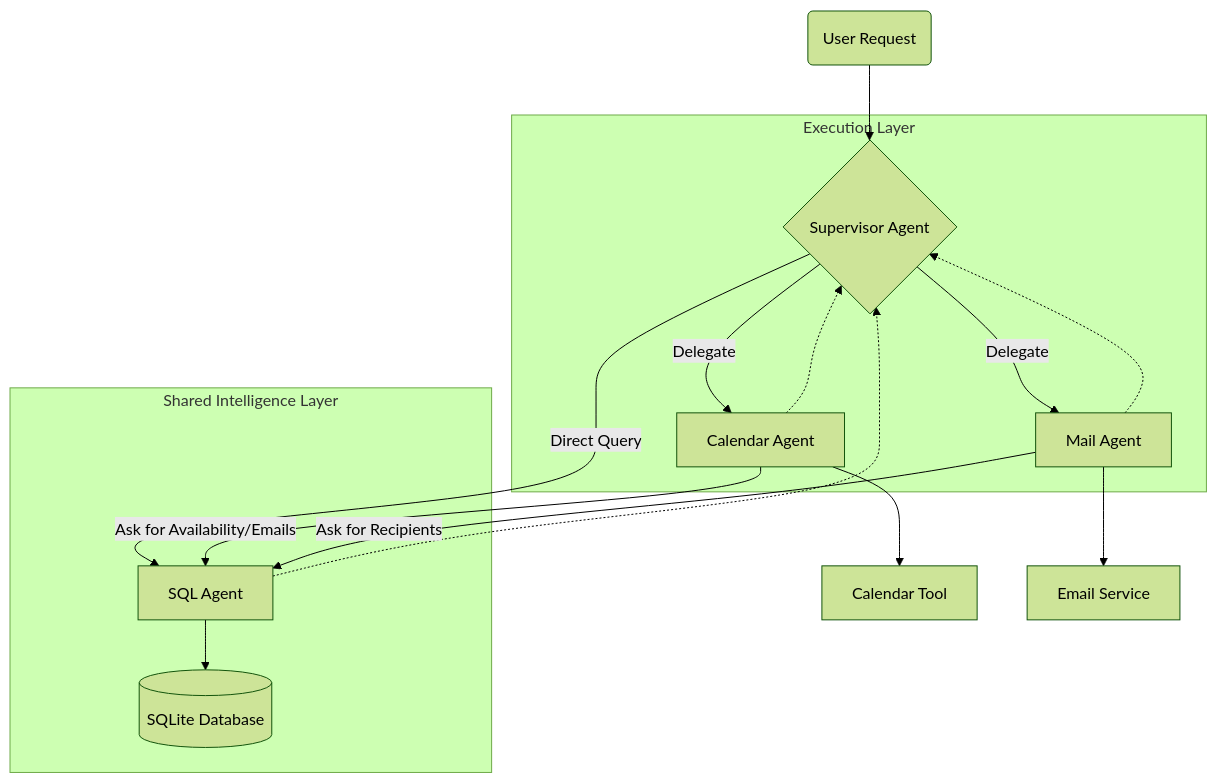
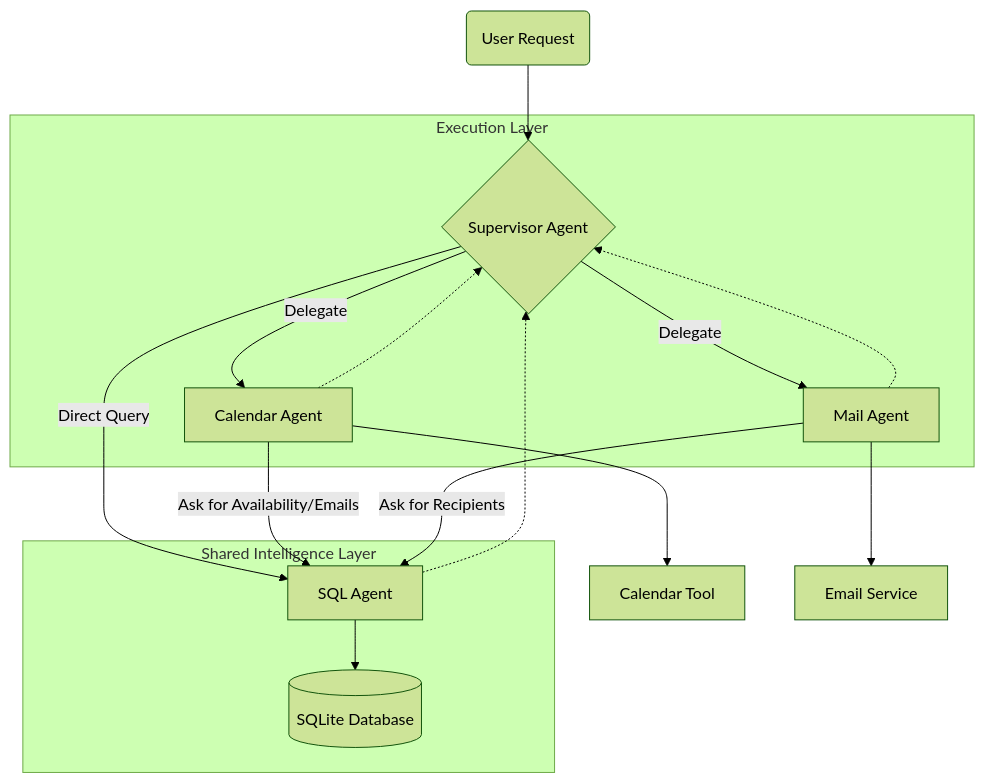
The diagram in README.md (danielecelsa/mail-calendar-assistant), drawn with Mermaid (forest theme) before and after one commit.

Commit message:
Readme graph

````diff
--- a/README.md
+++ b/README.md
@@ -45,39 +45,37 @@
 ```mermaid
 graph TD
     User(User Request) --> Supervisor{Supervisor Agent}
     
     subgraph "Execution Layer"
         Supervisor -- "Delegate" --> Cal[Calendar Agent]
         Supervisor -- "Delegate" --> Mail[Mail Agent]
     end
     
     subgraph "Shared Intelligence Layer"
         %% 1. This invisible node pushes the content down
         Spacer[ ] 
-        %% 2. Invisible link to SQL Agent
-        Spacer ~~~ SQL
         SQL[SQL Agent]
         DB[(SQLite Database)]
         SQL --> DB
     end
     
     %% The Supervisor can call SQL directly
     Supervisor -- "Direct Query" --> SQL
     
     %% The CRITICAL part: Workers calling the SQL Agent
     Cal -- "Ask for Availability/Emails" --> SQL
     Mail -- "Ask for Recipients" --> SQL
     
     %% Tools
     Cal --> GCal[Calendar Tool]
     Mail --> SMTP[Email Service]
     
     %% Returns
     Cal -.-> Supervisor
     Mail -.-> Supervisor
     SQL -.-> Supervisor
     
     %% 3. Styling to make the Spacer completely invisible
     classDef invisible fill:none,stroke:none,color:#0000;
     class Spacer invisible;
 ```
````
